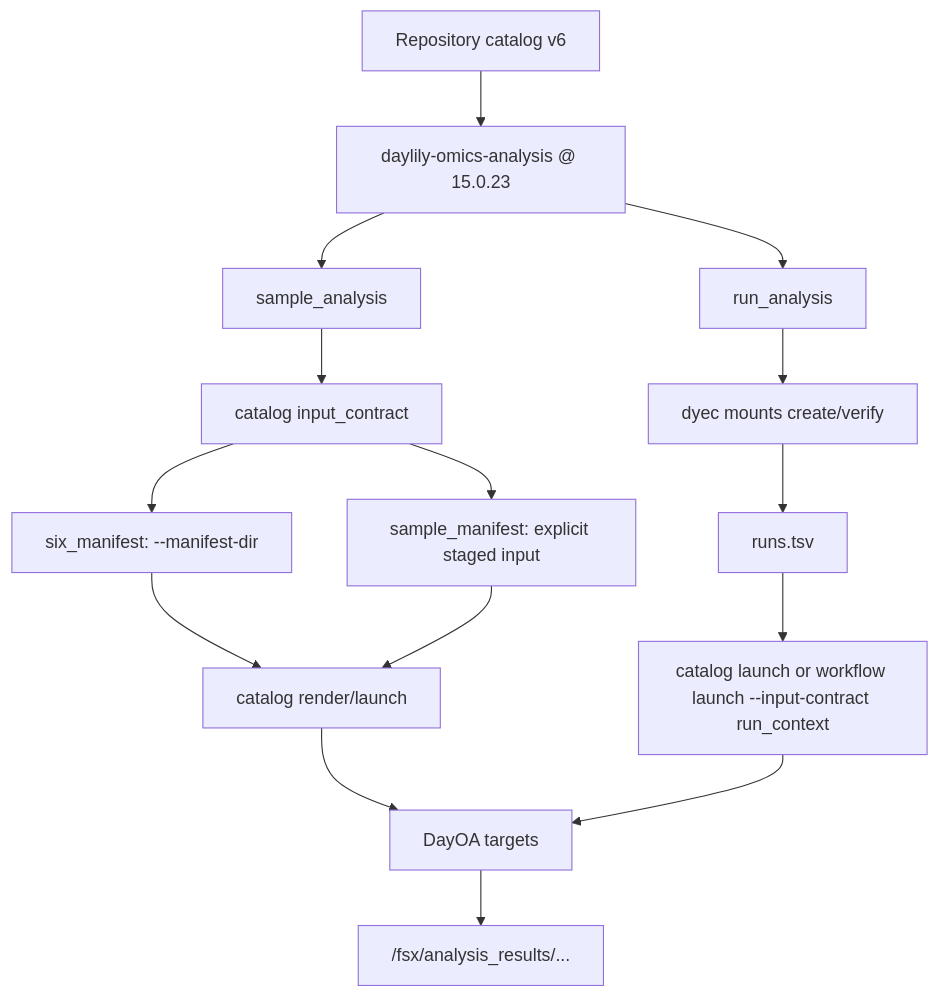
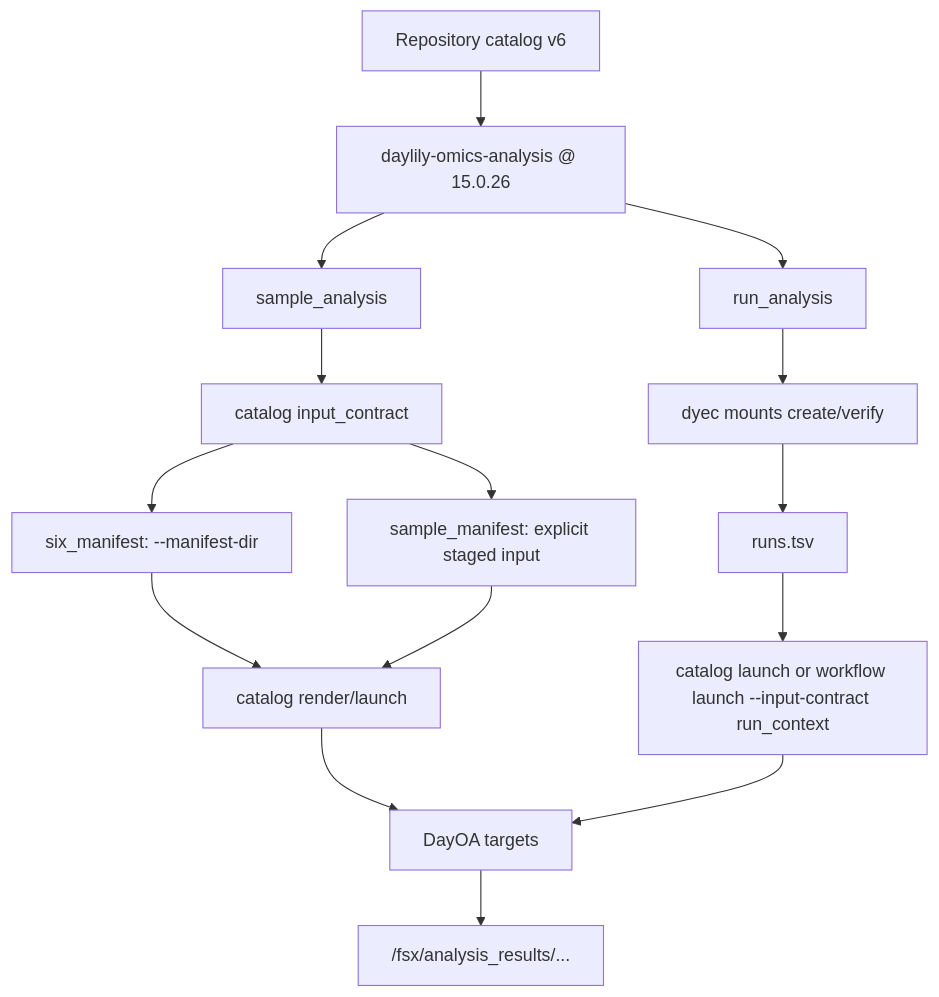
The third of 3 diagrams in docs/dra_fsx_strategy.md (Daylily-Informatics/daylily-ephemeral-cluster), drawn with Mermaid before and after one commit. The commit also changed other lines of this file and 23 other files, not shown here.

````diff
--- a/docs/dra_fsx_strategy.md
+++ b/docs/dra_fsx_strategy.md
@@ -110,20 +110,20 @@
 ```mermaid
 flowchart TB
-  Catalog["Repository catalog v6"] --> Repo["daylily-omics-analysis @ 15.0.23"]
+  Catalog["Repository catalog v6"] --> Repo["daylily-omics-analysis @ 15.0.26"]
   Repo --> Sample["sample_analysis"]
   Repo --> Run["run_analysis"]
 
   Sample --> Contract["catalog input_contract"]
   Contract --> Six["six_manifest: --manifest-dir"]
   Contract --> Legacy["sample_manifest: explicit staged input"]
   Six --> LaunchA["catalog render/launch"]
   Legacy --> LaunchA
 
   Run --> Mount["dyec mounts create/verify"]
   Mount --> Runs["runs.tsv"]
   Runs --> LaunchB["catalog launch or workflow launch --input-contract run_context"]
 
   LaunchA --> DayOA["DayOA targets"]
   LaunchB --> DayOA
   DayOA --> Results["/fsx/analysis_results/..."]
 ```
````
